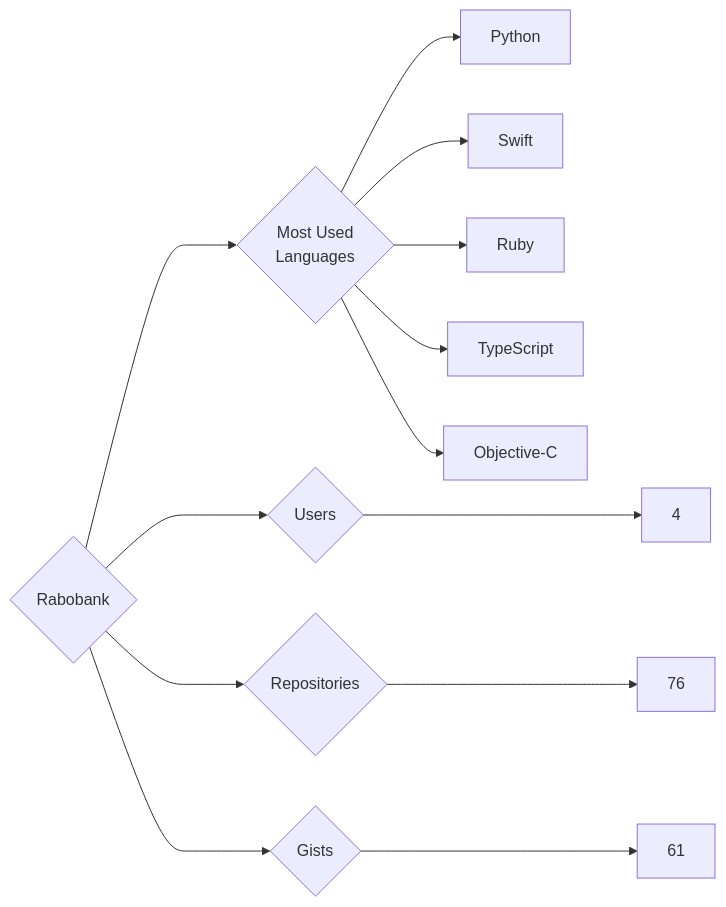
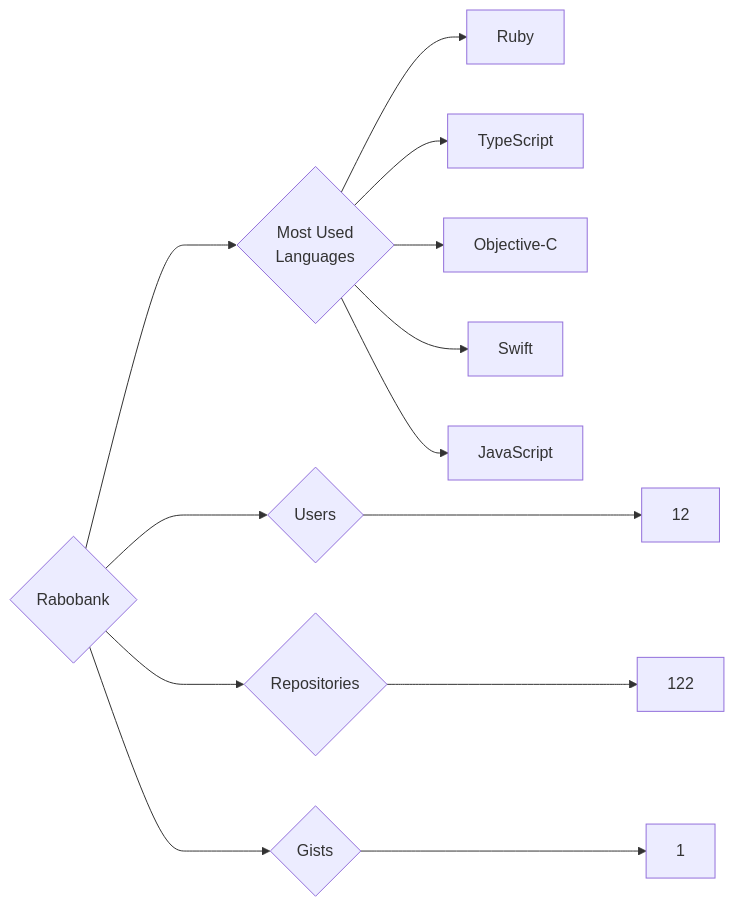
The diagram in targets/Rabobank/README.md (trickest/insiders), drawn with Mermaid before and after one commit. The commit also changed 920 other files, not shown here.

````diff
--- a/targets/Rabobank/README.md
+++ b/targets/Rabobank/README.md
@@ -3,13 +3,13 @@
 ```mermaid
 graph LR
 COMPANY_NAME{Rabobank}
-COMPANY_NAME ---> U{Users} ---> UN[4]
-COMPANY_NAME ---> R{Repositories} ---> RN[76]
-COMPANY_NAME ---> G{Gists} ---> GN[61]
+COMPANY_NAME ---> U{Users} ---> UN[12]
+COMPANY_NAME ---> R{Repositories} ---> RN[122]
+COMPANY_NAME ---> G{Gists} ---> GN[1]
 COMPANY_NAME ---> ML{Most Used<br>Languages}
-ML --> Python[Python]
-ML --> Swift[Swift]
 ML --> Ruby[Ruby]
 ML --> TypeScript[TypeScript]
 ML --> Objective-C[Objective-C]
+ML --> Swift[Swift]
+ML --> JavaScript[JavaScript]
 ```
````
